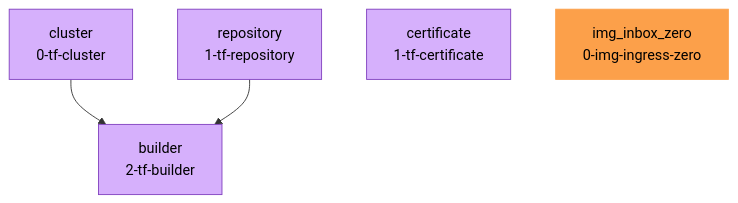
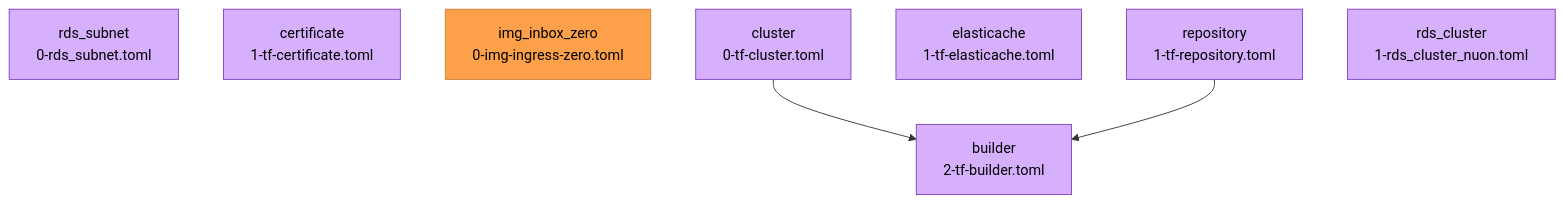
The diagram in inbox-zero/README.md (nuonco/demo), drawn with Mermaid before and after one commit. The commit also changed 2 other files, not shown here.

Commit message:
chore: rds cluster

````diff
--- a/inbox-zero/README.md
+++ b/inbox-zero/README.md
@@ -22,17 +22,20 @@
 ```mermaid
 graph TD
-  cluster[cluster<br/>0-tf-cluster]
-  repository[repository<br/>1-tf-repository]
-  certificate[certificate<br/>1-tf-certificate]
-  img[img_inbox_zero<br/>0-img-ingress-zero]
-  builder[builder<br/>2-tf-builder]
+  builder["builder<br/>2-tf-builder.toml"]
+  rds_subnet["rds_subnet<br/>0-rds_subnet.toml"]
+  certificate["certificate<br/>1-tf-certificate.toml"]
+  img_inbox_zero["img_inbox_zero<br/>0-img-ingress-zero.toml"]
+  cluster["cluster<br/>0-tf-cluster.toml"]
+  elasticache["elasticache<br/>1-tf-elasticache.toml"]
+  repository["repository<br/>1-tf-repository.toml"]
+  rds_cluster["rds_cluster<br/>1-rds_cluster_nuon.toml"]
 
   cluster --> builder
   repository --> builder
 
-  style builder fill:#D6B0FC,stroke:#8040BF,color:#000
-  style cluster fill:#D6B0FC,stroke:#8040BF,color:#000
-  style repository fill:#D6B0FC,stroke:#8040BF,color:#000
-  style certificate fill:#D6B0FC,stroke:#8040BF,color:#000
-  style img fill:#FCA04A,stroke:#FCA04A,color:#000
+  class builder,rds_subnet,certificate,cluster,elasticache,repository,rds_cluster tfClass;
+  class img_inbox_zero imgClass;
+
+  classDef tfClass fill:#D6B0FC,stroke:#8040BF,color:#000;
+  classDef imgClass fill:#FCA04A,stroke:#CC803A,color:#000;
 ```
````
